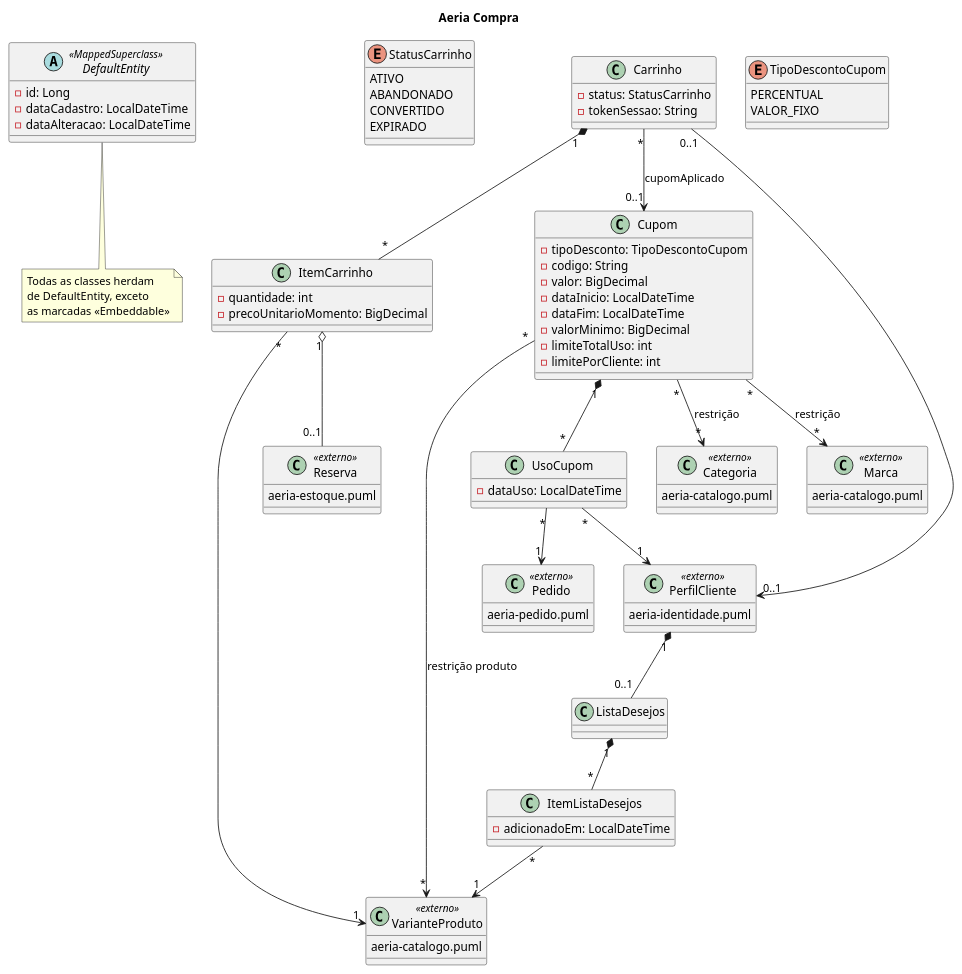
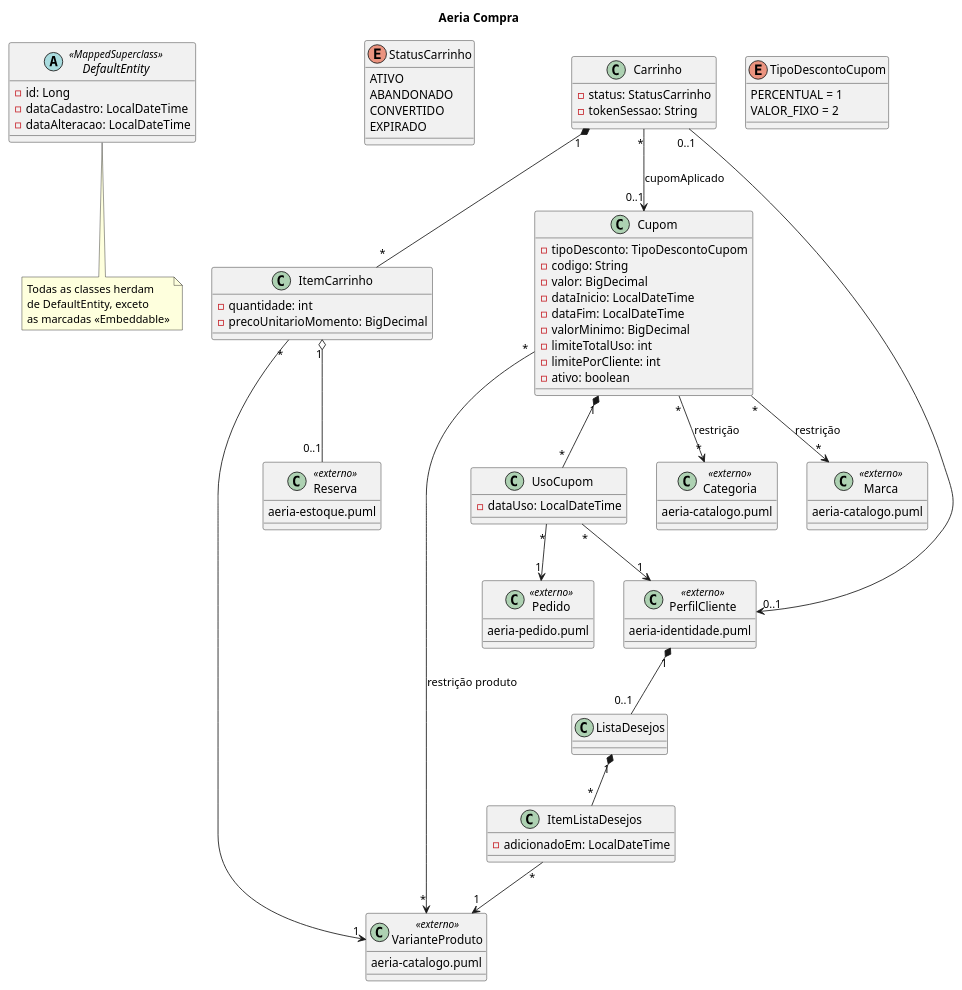
One commit to DaviRSuassuna/Droneshop changed the diagram in docs/diagramas/aeria-compra.puml. Above: the diagram before and after it, drawn with PlantUML. The commit also changed 32 other files, not shown here.

```diff
--- a/docs/diagramas/aeria-compra.puml
+++ b/docs/diagramas/aeria-compra.puml
@@ -1,100 +1,101 @@
 @startuml aeria-compra
 
 title Aeria Compra
 
 abstract class DefaultEntity <<MappedSuperclass>> {
   -id: Long
   -dataCadastro: LocalDateTime
   -dataAlteracao: LocalDateTime
 }
 
 note bottom of DefaultEntity
   Todas as classes herdam
   de DefaultEntity, exceto
   as marcadas <<Embeddable>>
 end note
 
 enum StatusCarrinho {
   ATIVO
   ABANDONADO
   CONVERTIDO
   EXPIRADO
 }
 
 class Carrinho {
   -status: StatusCarrinho
   -tokenSessao: String
 }
 
 class ItemCarrinho {
   -quantidade: int
   -precoUnitarioMomento: BigDecimal
 }
 
 class ListaDesejos {
 }
 
 class ItemListaDesejos {
   -adicionadoEm: LocalDateTime
 }
 
 enum TipoDescontoCupom {
-  PERCENTUAL
-  VALOR_FIXO
+  PERCENTUAL = 1
+  VALOR_FIXO = 2
 }
 
 class Cupom {
   -tipoDesconto: TipoDescontoCupom
   -codigo: String
   -valor: BigDecimal
   -dataInicio: LocalDateTime
   -dataFim: LocalDateTime
   -valorMinimo: BigDecimal
   -limiteTotalUso: int
   -limitePorCliente: int
+  -ativo: boolean
 }
 
 class UsoCupom {
   -dataUso: LocalDateTime
 }
 
 class Categoria <<externo>> {
   aeria-catalogo.puml
 }
 
 class Marca <<externo>> {
   aeria-catalogo.puml
 }
 
 class Pedido <<externo>> {
   aeria-pedido.puml
 }
 
 class PerfilCliente <<externo>> {
   aeria-identidade.puml
 }
 
 class Reserva <<externo>> {
   aeria-estoque.puml
 }
 
 class VarianteProduto <<externo>> {
   aeria-catalogo.puml
 }
 
 Carrinho "0..1" --> "0..1" PerfilCliente
 Carrinho "*" --> "0..1" Cupom : cupomAplicado
 Carrinho "1" *-- "*" ItemCarrinho
 ItemCarrinho "*" --> "1" VarianteProduto
 ItemCarrinho "1" o-- "0..1" Reserva
 PerfilCliente "1" *-- "0..1" ListaDesejos
 ListaDesejos "1" *-- "*" ItemListaDesejos
 ItemListaDesejos "*" --> "1" VarianteProduto
 Cupom "1" *-- "*" UsoCupom
 UsoCupom "*" --> "1" PerfilCliente
 UsoCupom "*" --> "1" Pedido
 Cupom "*" --> "*" Categoria : restrição
 Cupom "*" --> "*" Marca : restrição
 Cupom "*" --> "*" VarianteProduto : restrição produto
 
 @enduml
```
